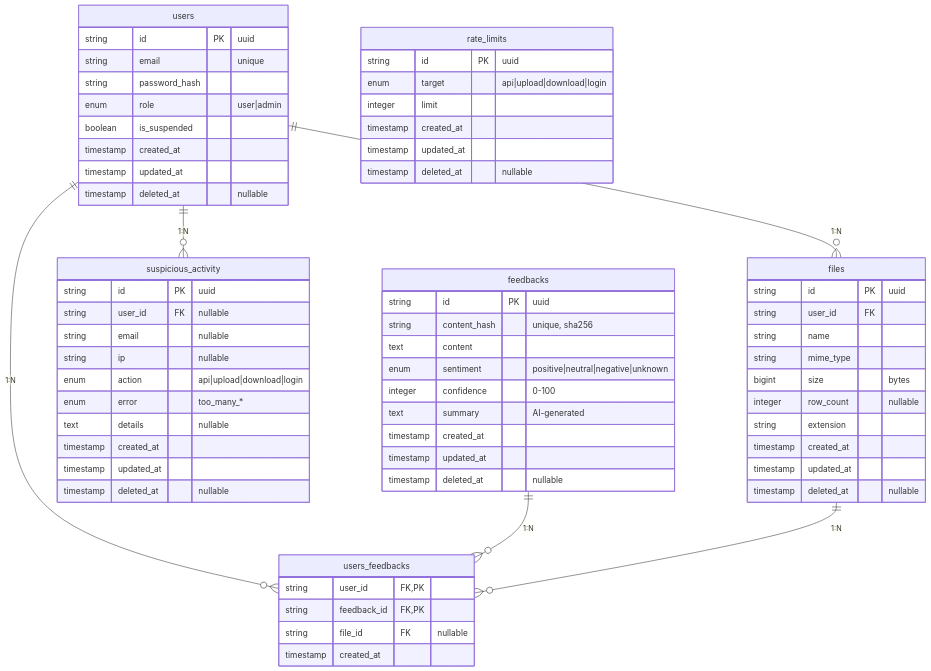
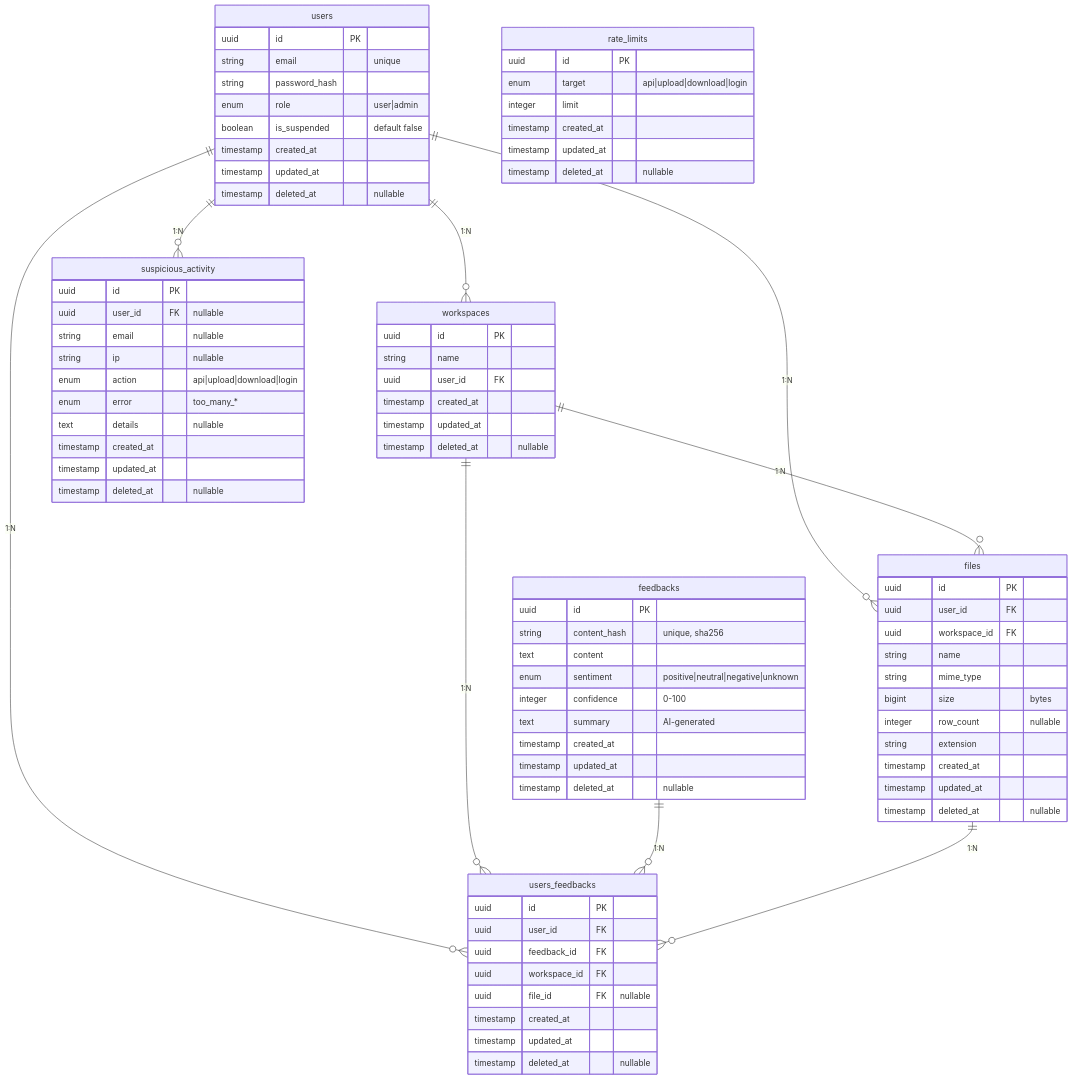
One commit to Xayrulloh/Feedback-Sentiment changed diagram 33 of 33 in README.md. Above: the diagram before and after it, drawn with Mermaid. The commit also changed other lines of this file, not shown here.

````diff
--- a/README.md
+++ b/README.md
@@ -561,24 +759,50 @@
 ```mermaid
 erDiagram
+    users ||--o{ workspaces : "1:N"
+    users ||--o{ files : "1:N"
     users ||--o{ users_feedbacks : "1:N"
-    users ||--o{ files : "1:N"
     users ||--o{ suspicious_activity : "1:N"
+    workspaces ||--o{ files : "1:N"
+    workspaces ||--o{ users_feedbacks : "1:N"
     feedbacks ||--o{ users_feedbacks : "1:N"
     files ||--o{ users_feedbacks : "1:N"
 
     users {
-        string id PK "uuid"
+        uuid id PK
         string email "unique"
         string password_hash
         enum role "user|admin"
-        boolean is_suspended
+        boolean is_suspended "default false"
+        timestamp created_at
+        timestamp updated_at
+        timestamp deleted_at "nullable"
+    }
+
+    workspaces {
+        uuid id PK
+        string name
+        uuid user_id FK
+        timestamp created_at
+        timestamp updated_at
+        timestamp deleted_at "nullable"
+    }
+
+    files {
+        uuid id PK
+        uuid user_id FK
+        uuid workspace_id FK
+        string name
+        string mime_type
+        bigint size "bytes"
+        integer row_count "nullable"
+        string extension
         timestamp created_at
         timestamp updated_at
         timestamp deleted_at "nullable"
     }
 
     feedbacks {
-        string id PK "uuid"
+        uuid id PK
         string content_hash "unique, sha256"
         text content
         enum sentiment "positive|neutral|negative|unknown"
@@ -590,27 +814,18 @@
     }
 
     users_feedbacks {
-        string user_id FK,PK
-        string feedback_id FK,PK
-        string file_id FK "nullable"
-        timestamp created_at
-    }
-
-    files {
-        string id PK "uuid"
-        string user_id FK
-        string name
-        string mime_type
-        bigint size "bytes"
-        integer row_count "nullable"
-        string extension
+        uuid id PK
+        uuid user_id FK
+        uuid feedback_id FK
+        uuid workspace_id FK
+        uuid file_id FK "nullable"
         timestamp created_at
         timestamp updated_at
         timestamp deleted_at "nullable"
     }
 
     rate_limits {
-        string id PK "uuid"
+        uuid id PK
         enum target "api|upload|download|login"
         integer limit
         timestamp created_at
@@ -619,8 +834,8 @@
     }
 
     suspicious_activity {
-        string id PK "uuid"
-        string user_id FK "nullable"
+        uuid id PK
+        uuid user_id FK "nullable"
         string email "nullable"
         string ip "nullable"
         enum action "api|upload|download|login"
````
